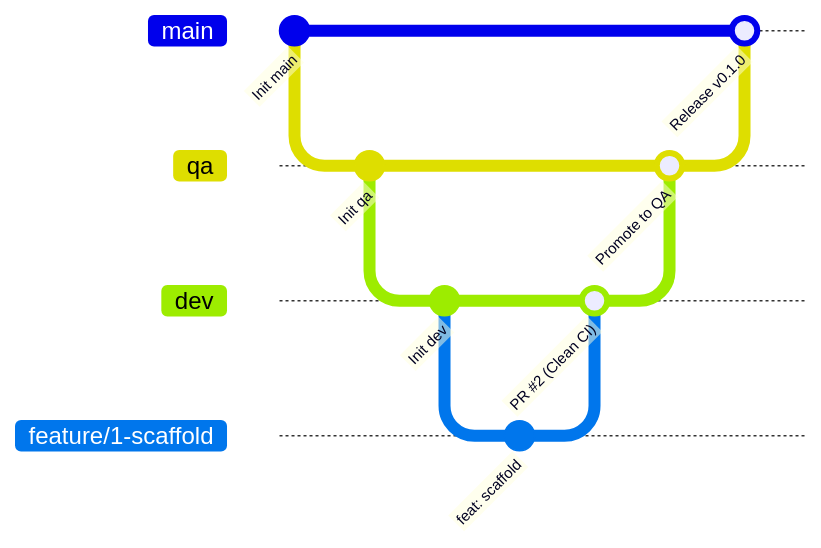
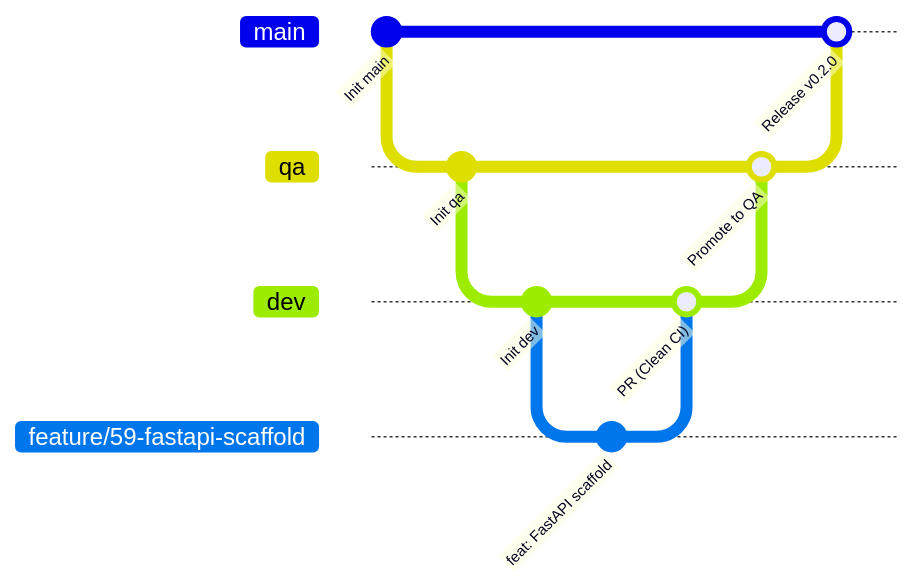
The second of 2 diagrams in README.md (fpittelo/coach-web), drawn with Mermaid before and after one commit. The commit also changed other lines of this file and 31 other files, not shown here.

First line of the commit message:
feat(core): FastAPI scaffold, static assets & healthcheck (#69)

````diff
--- a/README.md
+++ b/README.md
@@ -160,19 +173,19 @@
 ```mermaid
 gitGraph
     commit id: "Init main"
     branch qa
     checkout qa
     commit id: "Init qa"
     branch dev
     checkout dev
     commit id: "Init dev"
-    branch feature/1-scaffold
-    checkout feature/1-scaffold
-    commit id: "feat: scaffold"
+    branch feature/59-fastapi-scaffold
+    checkout feature/59-fastapi-scaffold
+    commit id: "feat: FastAPI scaffold"
     checkout dev
-    merge feature/1-scaffold id: "PR #2 (Clean CI)"
+    merge feature/59-fastapi-scaffold id: "PR (Clean CI)"
     checkout qa
     merge dev id: "Promote to QA"
     checkout main
-    merge qa id: "Release v0.1.0"
+    merge qa id: "Release v0.2.0"
 ```
````
